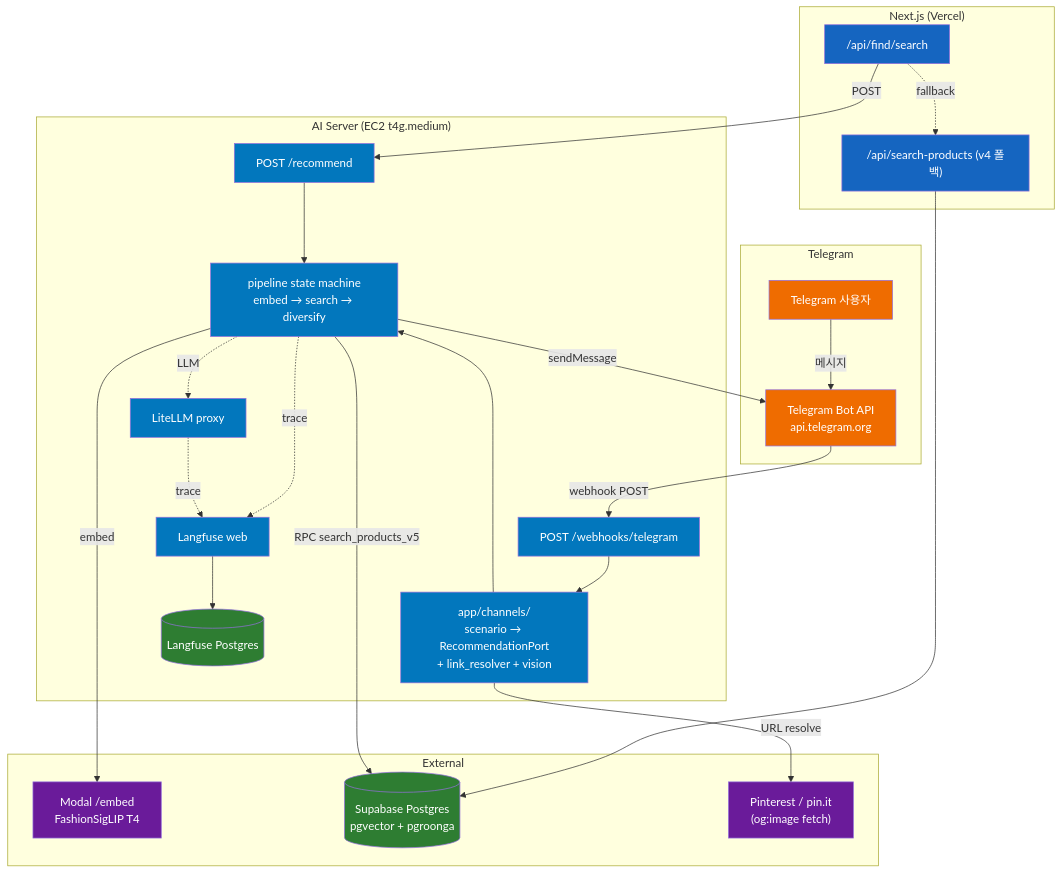
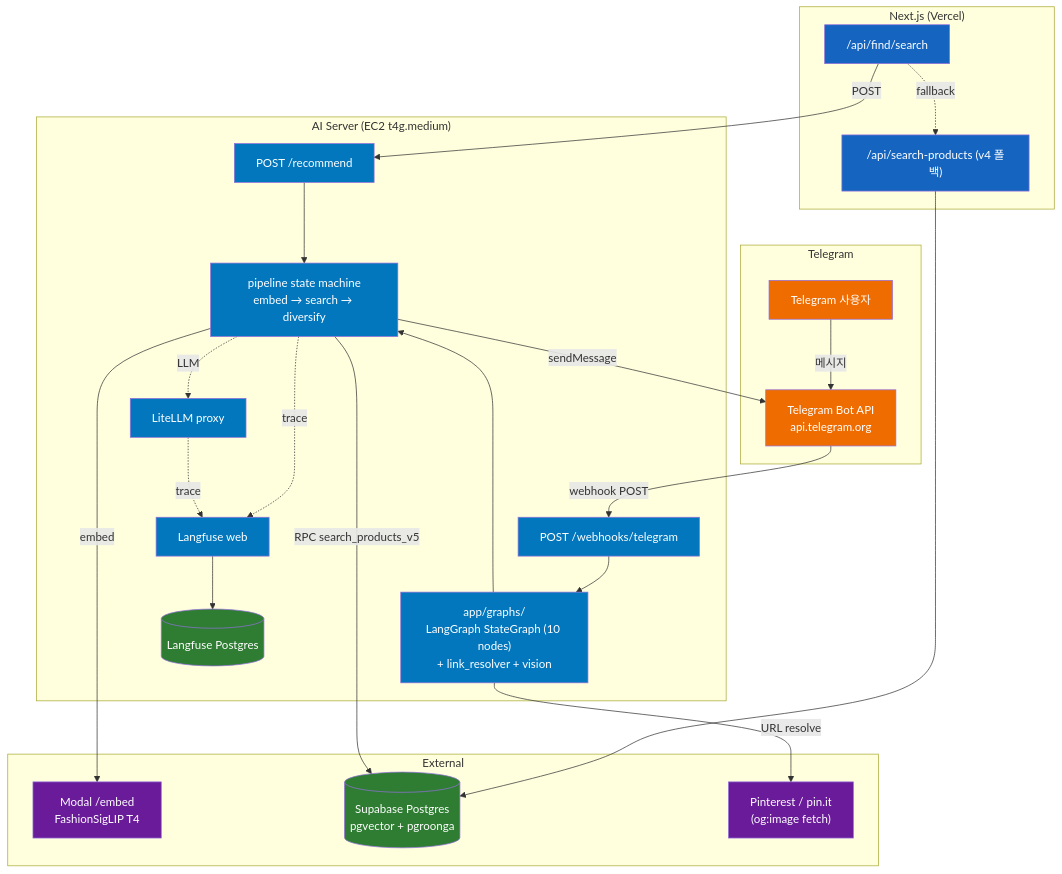
One commit to endurance-ai/ai-server changed the diagram in docs/ARCHITECTURE.md. Above: the diagram before and after it, drawn with Mermaid. The commit also changed other lines of this file and 4 other files, not shown here.

````diff
--- a/docs/ARCHITECTURE.md
+++ b/docs/ARCHITECTURE.md
@@ -32,59 +32,59 @@
 ```mermaid
 graph TB
     subgraph App["Next.js (Vercel)"]
         FIND["/api/find/search"]
         V4["/api/search-products (v4 폴백)"]
     end
 
     subgraph Chat["Telegram"]
         TG_USER["Telegram 사용자"]
         TG_API["Telegram Bot API<br/>api.telegram.org"]
     end
 
     subgraph AI["AI Server (EC2 t4g.medium)"]
         REC["POST /recommend"]
         WH["POST /webhooks/telegram"]
-        CHAN["app/channels/<br/>scenario → RecommendationPort<br/>+ link_resolver + vision"]
+        CHAN["app/graphs/<br/>LangGraph StateGraph (10 nodes)<br/>+ link_resolver + vision"]
         PIPE["pipeline state machine<br/>embed → search → diversify"]
         LITELLM["LiteLLM proxy"]
         LFW["Langfuse web"]
         LFDB[("Langfuse Postgres")]
     end
 
     subgraph External["External"]
         MODAL["Modal /embed<br/>FashionSigLIP T4"]
         SB[("Supabase Postgres<br/>pgvector + pgroonga")]
         PIN["Pinterest / pin.it<br/>(og:image fetch)"]
     end
 
     FIND -->|POST| REC
     FIND -.fallback.-> V4
     V4 --> SB
 
     TG_USER -->|메시지| TG_API
     TG_API -->|webhook POST| WH
     WH --> CHAN
     CHAN -->|URL resolve| PIN
     CHAN --> PIPE
     PIPE -->|sendMessage| TG_API
 
     REC --> PIPE
     PIPE -->|embed| MODAL
     PIPE -->|RPC search_products_v5| SB
     PIPE -. trace .-> LFW
     PIPE -. LLM .-> LITELLM
     LITELLM -. trace .-> LFW
     LFW --> LFDB
 
     classDef app fill:#1565c0,color:#fff
     classDef ai fill:#0277bd,color:#fff
     classDef ext fill:#6a1b9a,color:#fff
     classDef data fill:#2e7d32,color:#fff
     classDef chat fill:#ef6c00,color:#fff
 
     class FIND,V4 app
     class REC,WH,CHAN,PIPE,LITELLM,LFW ai
     class MODAL,PIN ext
     class SB,LFDB data
     class TG_USER,TG_API chat
 ```
````
